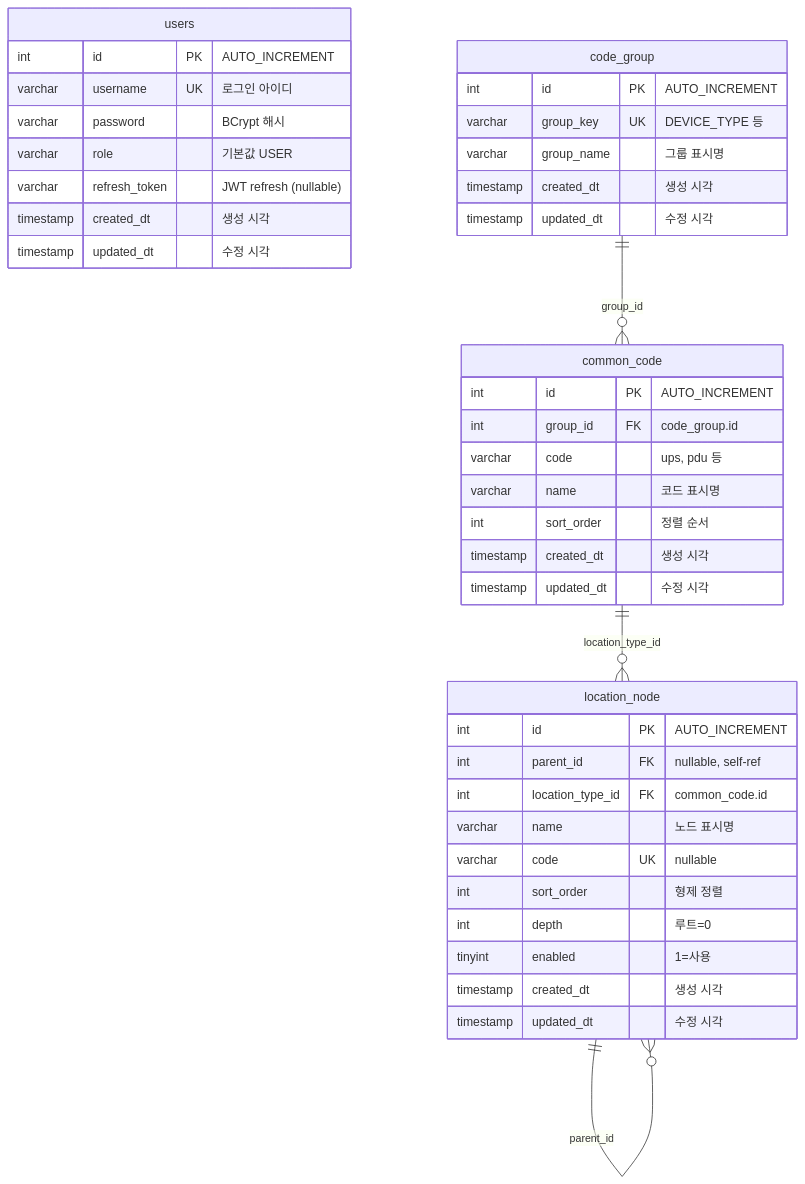
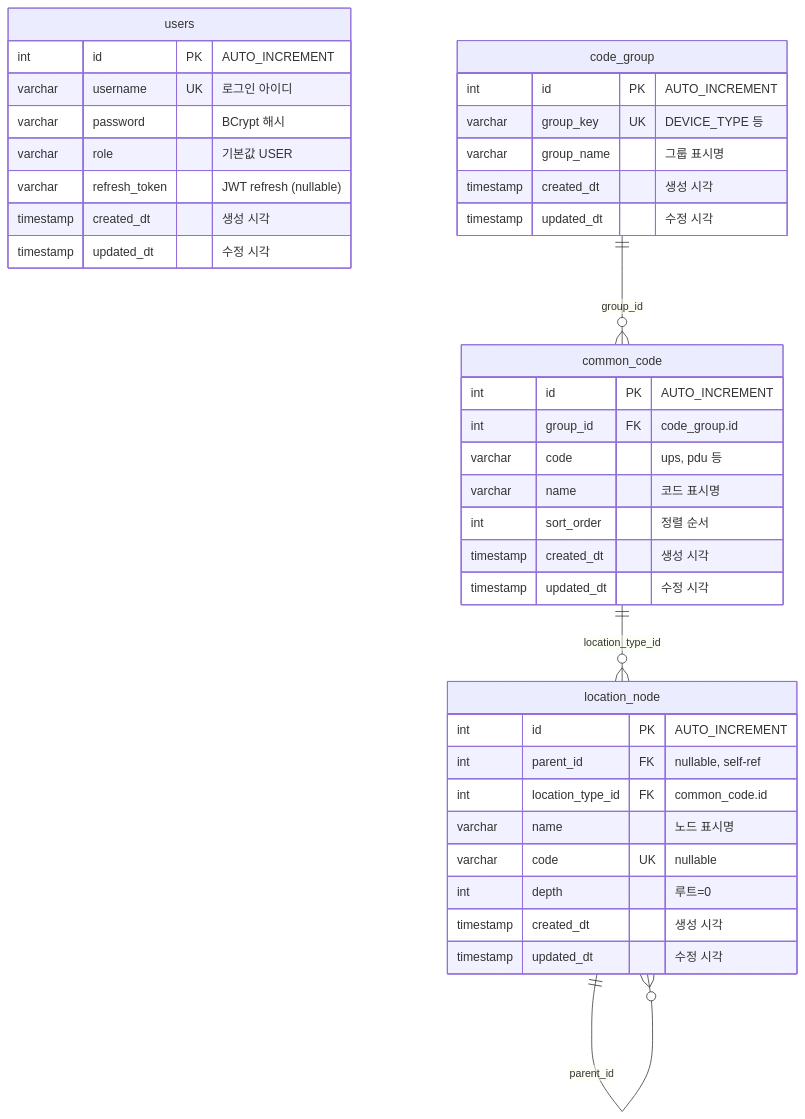
The diagram in docs/ERD.md (SHINBOGEUN/dcim), drawn with Mermaid before and after one commit. The commit also changed other lines of this file and 10 other files, not shown here.

````diff
--- a/docs/ERD.md
+++ b/docs/ERD.md
@@ -14,47 +14,45 @@
 ```mermaid
 erDiagram
     users {
         int id PK "AUTO_INCREMENT"
         varchar username UK "로그인 아이디"
         varchar password "BCrypt 해시"
         varchar role "기본값 USER"
         varchar refresh_token "JWT refresh (nullable)"
         timestamp created_dt "생성 시각"
         timestamp updated_dt "수정 시각"
     }
 
     code_group {
         int id PK "AUTO_INCREMENT"
         varchar group_key UK "DEVICE_TYPE 등"
         varchar group_name "그룹 표시명"
         timestamp created_dt "생성 시각"
         timestamp updated_dt "수정 시각"
     }
 
     common_code {
         int id PK "AUTO_INCREMENT"
         int group_id FK "code_group.id"
         varchar code "ups, pdu 등"
         varchar name "코드 표시명"
         int sort_order "정렬 순서"
         timestamp created_dt "생성 시각"
         timestamp updated_dt "수정 시각"
     }
 
     location_node {
         int id PK "AUTO_INCREMENT"
         int parent_id FK "nullable, self-ref"
         int location_type_id FK "common_code.id"
         varchar name "노드 표시명"
         varchar code UK "nullable"
-        int sort_order "형제 정렬"
         int depth "루트=0"
-        tinyint enabled "1=사용"
         timestamp created_dt "생성 시각"
         timestamp updated_dt "수정 시각"
     }
 
     code_group ||--o{ common_code : "group_id"
     common_code ||--o{ location_node : "location_type_id"
     location_node ||--o{ location_node : "parent_id"
 ```
````
